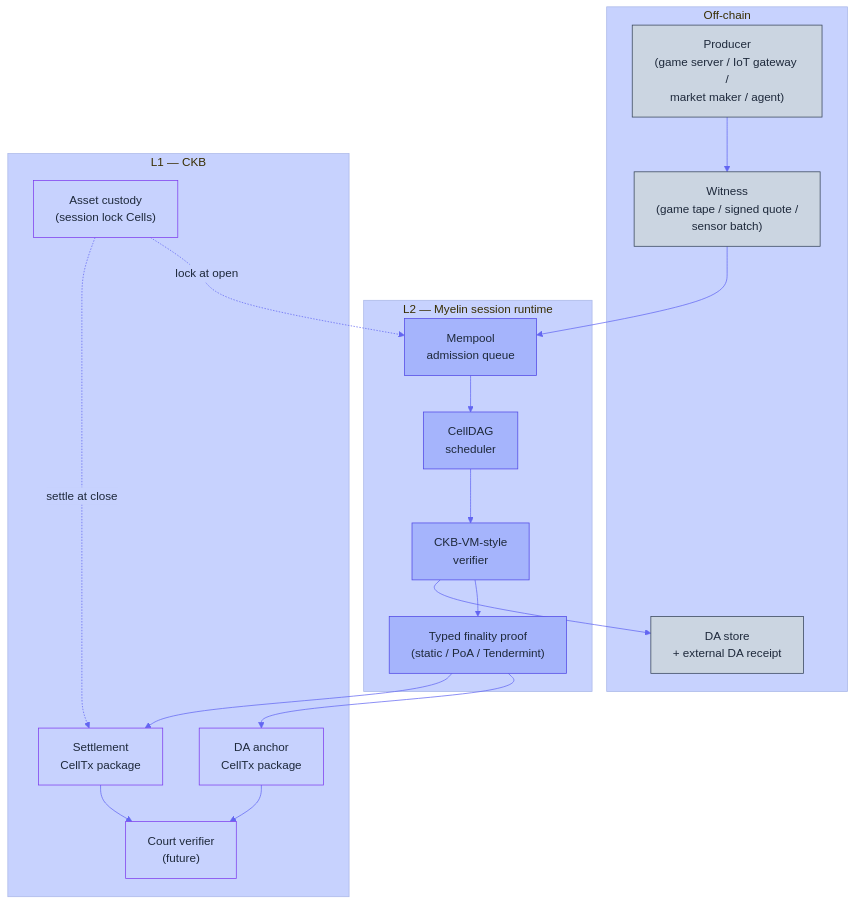
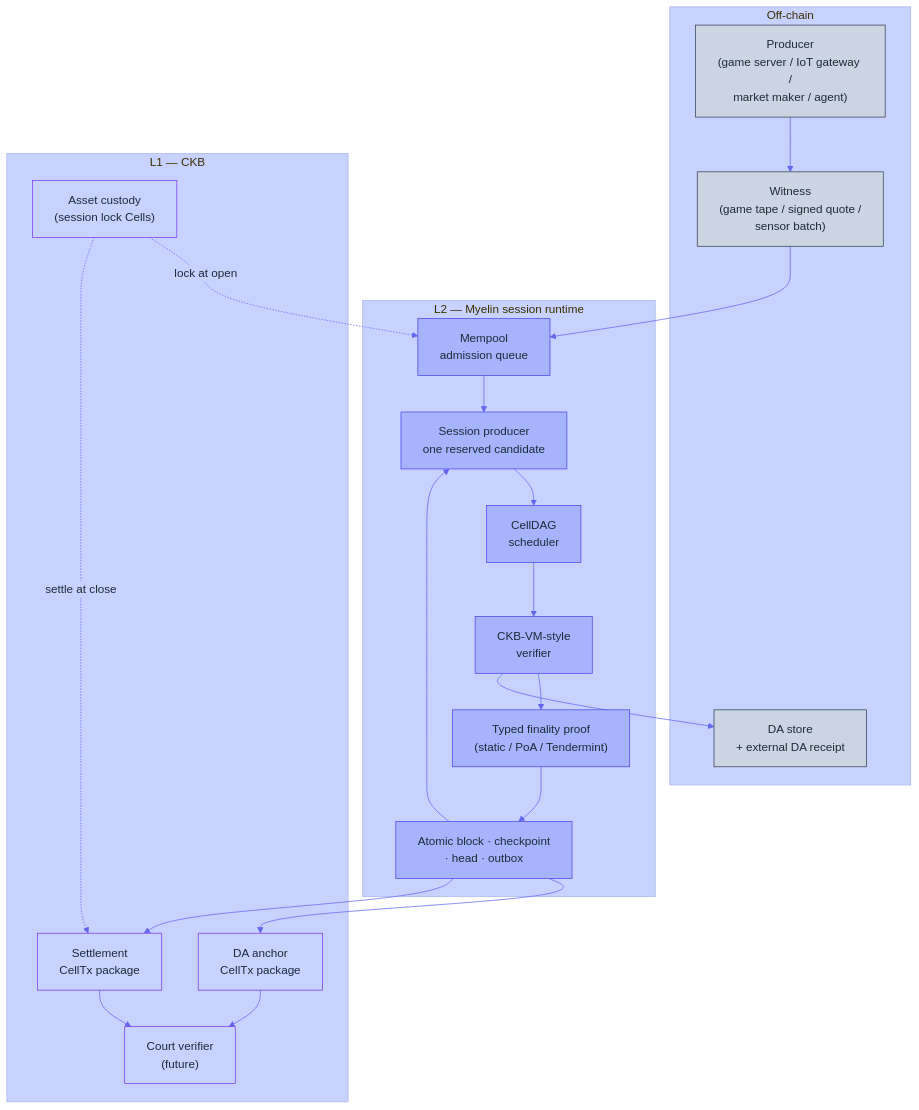
One commit to Myelin-Labs/Myelin changed the diagram in docs/interactions/index.md. Above: the diagram before and after it, drawn with Mermaid. The commit also changed other lines of this file and 13 other files, not shown here.

````diff
--- a/docs/interactions/index.md
+++ b/docs/interactions/index.md
@@ -26,45 +26,48 @@
 ```mermaid
 %%{init: {
   "theme": "base",
   "themeVariables": {
     "primaryColor": "#A5B4FC",
     "primaryTextColor": "#1E293B",
     "primaryBorderColor": "#4F46E5",
     "lineColor": "#6366F1",
     "secondaryColor": "#C7D2FE",
     "tertiaryColor": "#C7D2FE"
   }
 }}%%
 flowchart TB
     subgraph OFF["Off-chain"]
         P["Producer<br/>(game server / IoT gateway /<br/>market maker / agent)"]:::off
         W["Witness<br/>(game tape / signed quote /<br/>sensor batch)"]:::off
         D["DA store<br/>+ external DA receipt"]:::off
     end
     subgraph L2["L2 — Myelin session runtime"]
         M["Mempool<br/>admission queue"]:::l2
+        B["Session producer<br/>one reserved candidate"]:::l2
         S["CellDAG<br/>scheduler"]:::l2
         V["CKB-VM-style<br/>verifier"]:::l2
         C["Typed finality proof<br/>(static / PoA / Tendermint)"]:::l2
+        R["Atomic block · checkpoint<br/>· head · outbox"]:::l2
     end
     subgraph L1["L1 — CKB"]
         A["Asset custody<br/>(session lock Cells)"]:::l1
         E["DA anchor<br/>CellTx package"]:::l1
         S2["Settlement<br/>CellTx package"]:::l1
         CT["Court verifier<br/>(future)"]:::l1
     end
 
     P --> W --> M
-    M --> S --> V --> C
+    M --> B --> S --> V --> C --> R
+    R --> B
     V --> D
-    C --> E
-    C --> S2
+    R --> E
+    R --> S2
     A -.->|lock at open| M
     A -.->|settle at close| S2
     E --> CT
     S2 --> CT
 
     classDef off fill:#CBD5E1,stroke:#334155,color:#1E293B;
     classDef l2  fill:#A5B4FC,stroke:#4F46E5,color:#1E293B;
     classDef l1  fill:#C7D2FE,stroke:#7C3AED,color:#1E293B;
 ```
````
